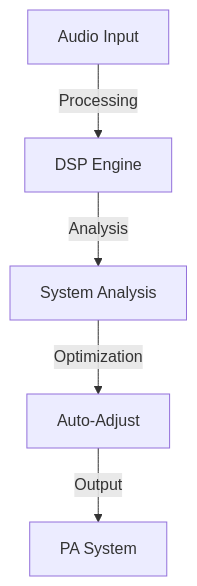
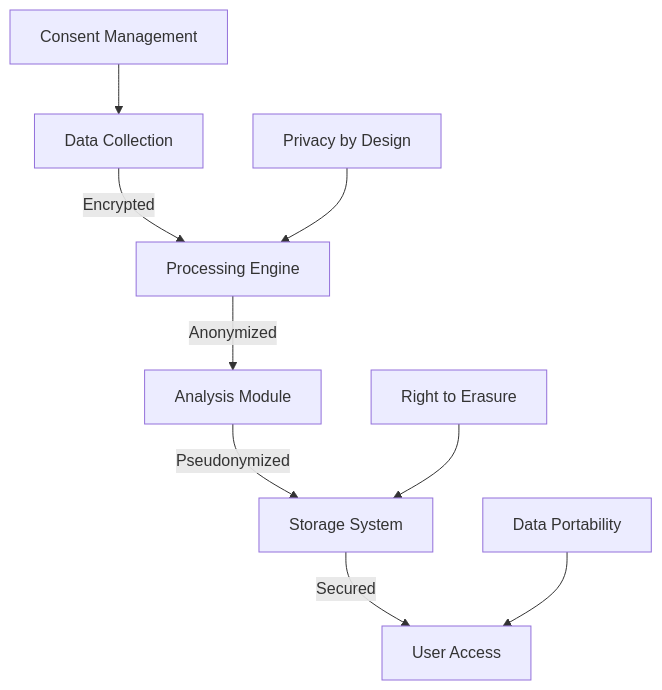
One commit to statesflowwishes-sketch/4a3C5u2S7T1i3C changed the first of 14 diagrams in README.md. Above: the diagram before and after it, drawn with Mermaid. The commit also changed other lines of this file and 7 other files, not shown here.

````diff
--- a/README.md
+++ b/README.md
@@ -179,7 +106,12 @@
 ```mermaid
 graph TD
-    A[Audio Input] -->|Processing| B[DSP Engine]
-    B -->|Analysis| C[System Analysis]
-    C -->|Optimization| D[Auto-Adjust]
-    D -->|Output| E[PA System]
+    A[Data Collection] -->|Encrypted| B[Processing Engine]
+    B -->|Anonymized| C[Analysis Module]
+    C -->|Pseudonymized| D[Storage System]
+    D -->|Secured| E[User Access]
+    
+    F[Consent Management] --> A
+    G[Right to Erasure] --> D
+    H[Data Portability] --> E
+    I[Privacy by Design] --> B
 ```
````
